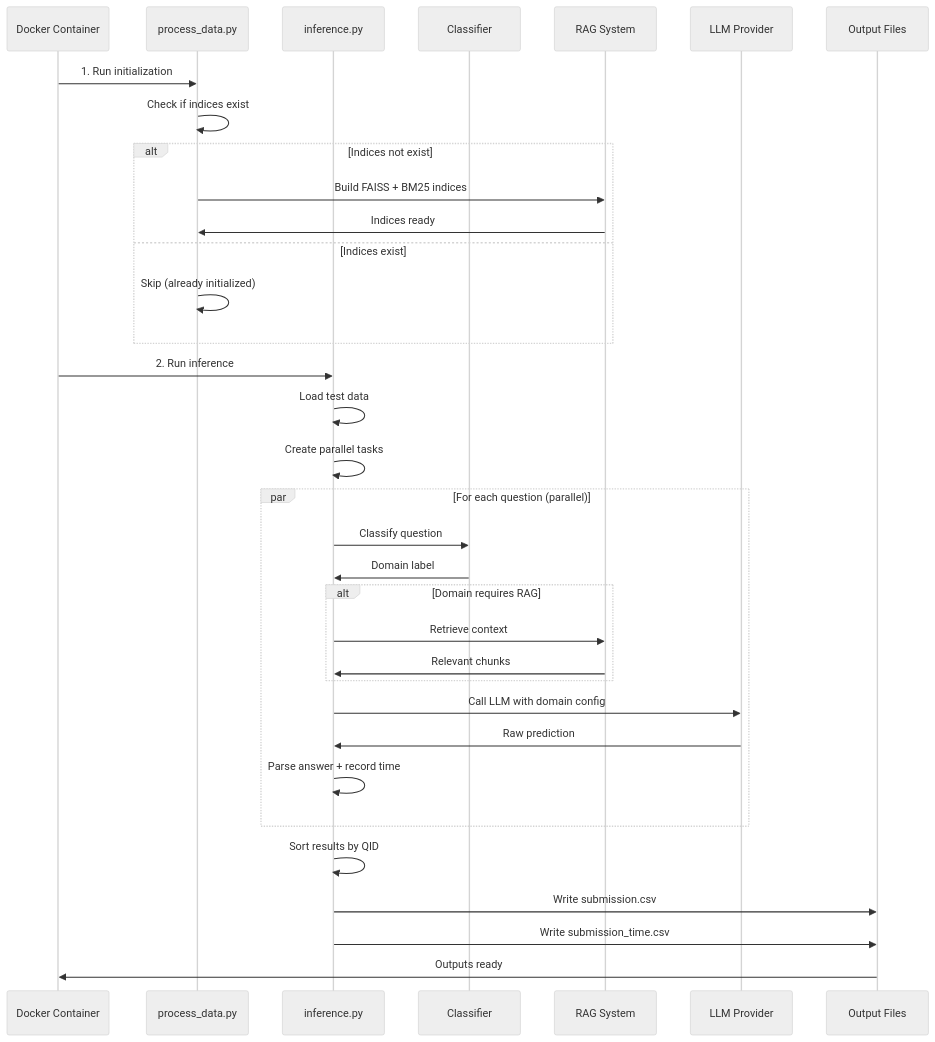
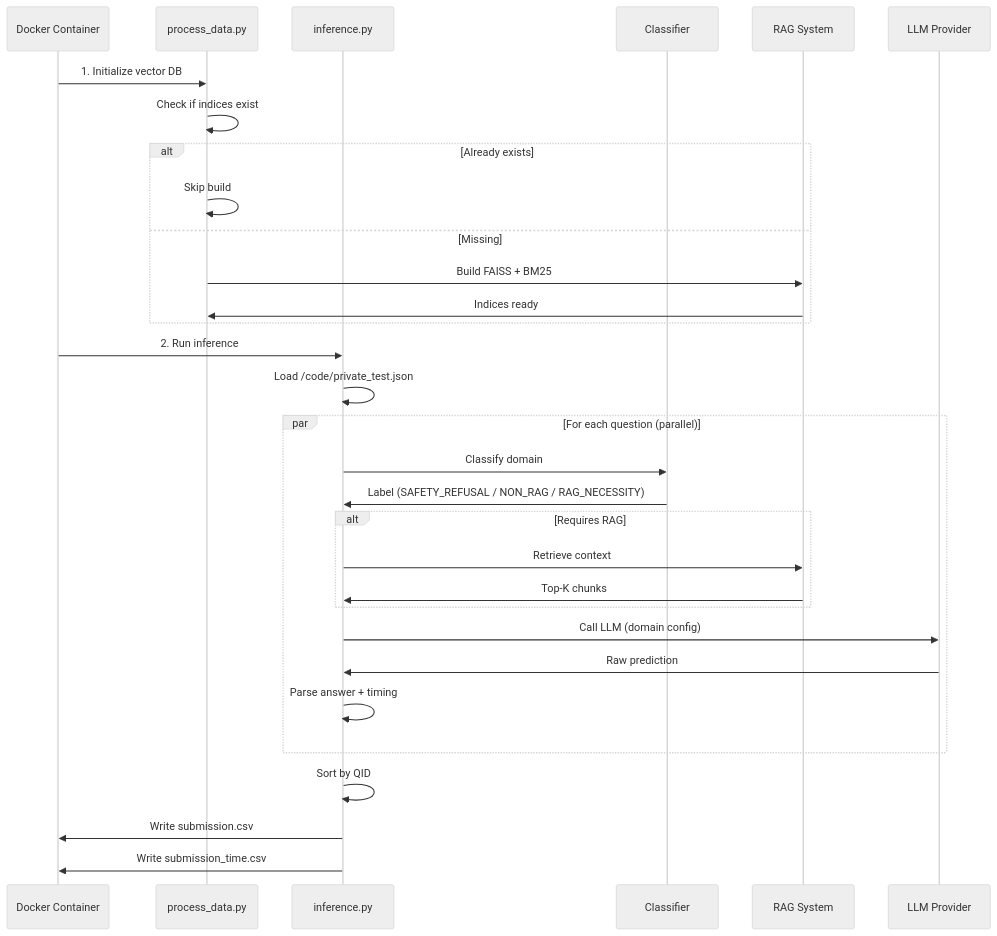
One commit to Mancupfire/VNPT_AI_Water_Margin changed the diagram in README.md. Above: the diagram before and after it, drawn with Mermaid (neutral theme). The commit also changed other lines of this file and 1 other file, not shown here.

````diff
--- a/README.md
+++ b/README.md
@@ -448,42 +128,39 @@
 ```mermaid
 sequenceDiagram
     participant D as Docker Container
     participant P as process_data.py
     participant I as inference.py
     participant C as Classifier
     participant R as RAG System
     participant L as LLM Provider
-    participant O as Output Files
     
-    D->>P: 1. Run initialization
+    D->>P: 1. Initialize vector DB
     P->>P: Check if indices exist
-    alt Indices not exist
-        P->>R: Build FAISS + BM25 indices
+    alt Already exists
+        P->>P: Skip build
+    else Missing
+        P->>R: Build FAISS + BM25
         R->>P: Indices ready
-    else Indices exist
-        P->>P: Skip (already initialized)
     end
     
     D->>I: 2. Run inference
-    I->>I: Load test data
-    I->>I: Create parallel tasks
+    I->>I: Load /code/private_test.json
     
     par For each question (parallel)
-        I->>C: Classify question
-        C->>I: Domain label
+        I->>C: Classify domain
+        C->>I: Label (SAFETY_REFUSAL / NON_RAG / RAG_NECESSITY)
         
-        alt Domain requires RAG
+        alt Requires RAG
             I->>R: Retrieve context
-            R->>I: Relevant chunks
+            R->>I: Top-K chunks
         end
         
-        I->>L: Call LLM with domain config
+        I->>L: Call LLM (domain config)
         L->>I: Raw prediction
-        I->>I: Parse answer + record time
+        I->>I: Parse answer + timing
     end
     
-    I->>I: Sort results by QID
-    I->>O: Write submission.csv
-    I->>O: Write submission_time.csv
-    O->>D: Outputs ready
+    I->>I: Sort by QID
+    I->>D: Write submission.csv
+    I->>D: Write submission_time.csv
 ```
````
